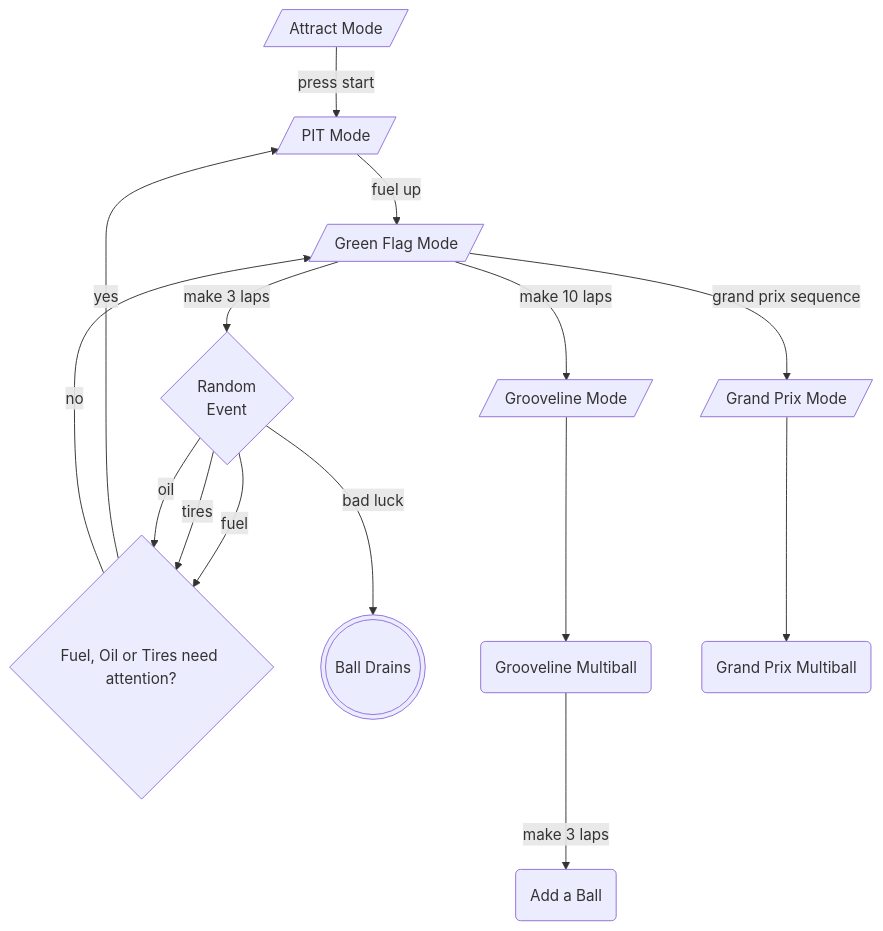
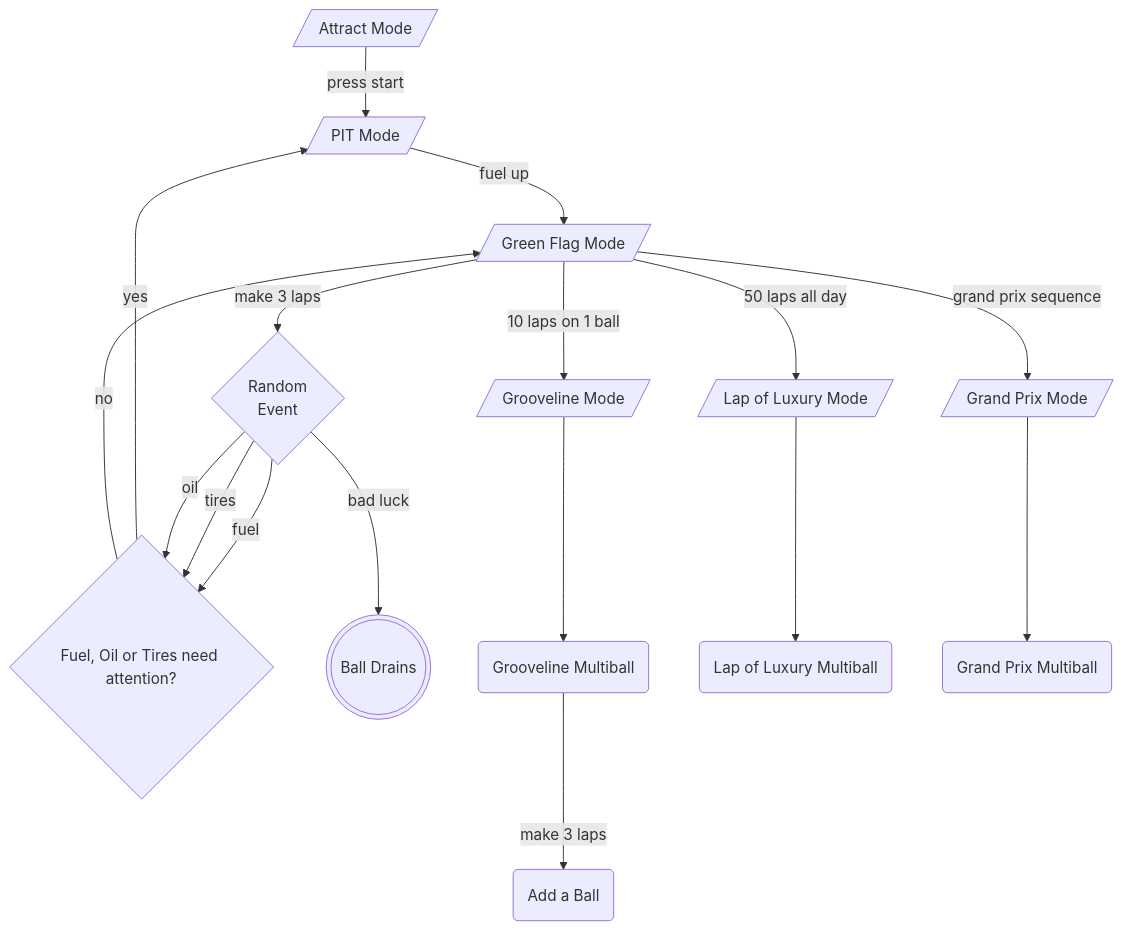
Before and after one commit to deathsave/grand-prix: the diagram in README.md, drawn with Mermaid. The commit also changed 9 other files, not shown here.

Commit message:
feat: add new lap of luxury mode

````diff
--- a/README.md
+++ b/README.md
@@ -25,18 +25,20 @@
 ```mermaid
 graph TD
   ATTRACT[/"Attract Mode"/] -- press start --> PIT[/"PIT Mode"/]
   PIT -- fuel up --> GREEN_FLAG[/"Green Flag Mode"/]
   GREEN_FLAG -- make 3 laps --> RANDOM1{"Random<br>Event"}
-  GREEN_FLAG -- make 10 laps --> GL_MODE[/"Grooveline Mode"/]
+  GREEN_FLAG -- 10 laps on 1 ball --> GL_MODE[/"Grooveline Mode"/]
+  GREEN_FLAG -- 50 laps all day --> LUX_MODE[/"Lap of Luxury Mode"/]
   GREEN_FLAG -- grand prix sequence --> GP_MODE[/"Grand Prix Mode"/]
   RANDOM1 -- fuel -->
     PIT_CHECK{"Fuel, Oil or Tires need attention?"}
   RANDOM1 -- tires --> PIT_CHECK
   RANDOM1 -- oil --> PIT_CHECK
   RANDOM1 -- bad luck --> BALL_DRAINS((("Ball Drains")))
   PIT_CHECK -- yes --> PIT
   PIT_CHECK -- no --> GREEN_FLAG
   GL_MODE --> GL_MULTI("Grooveline Multiball")
+  LUX_MODE --> LUX_MULTI("Lap of Luxury Multiball")
   GP_MODE --> GP_MULTI("Grand Prix Multiball")
   GL_MULTI -- make 3 laps --> GL_MULTI_ADD_BALL("Add a Ball")
 ```
````
